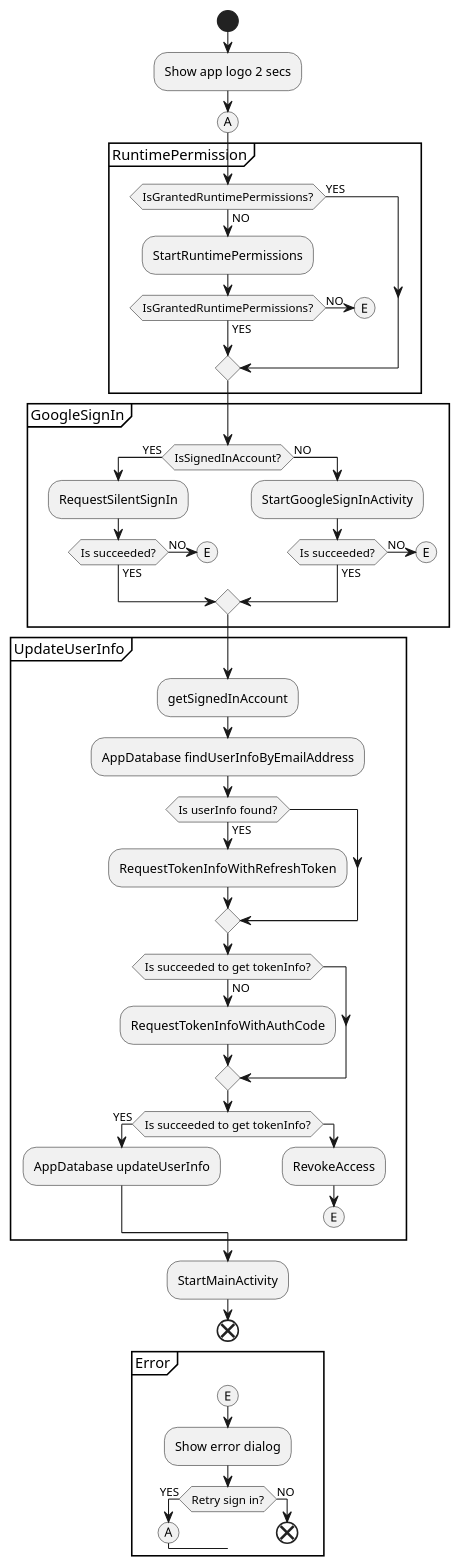
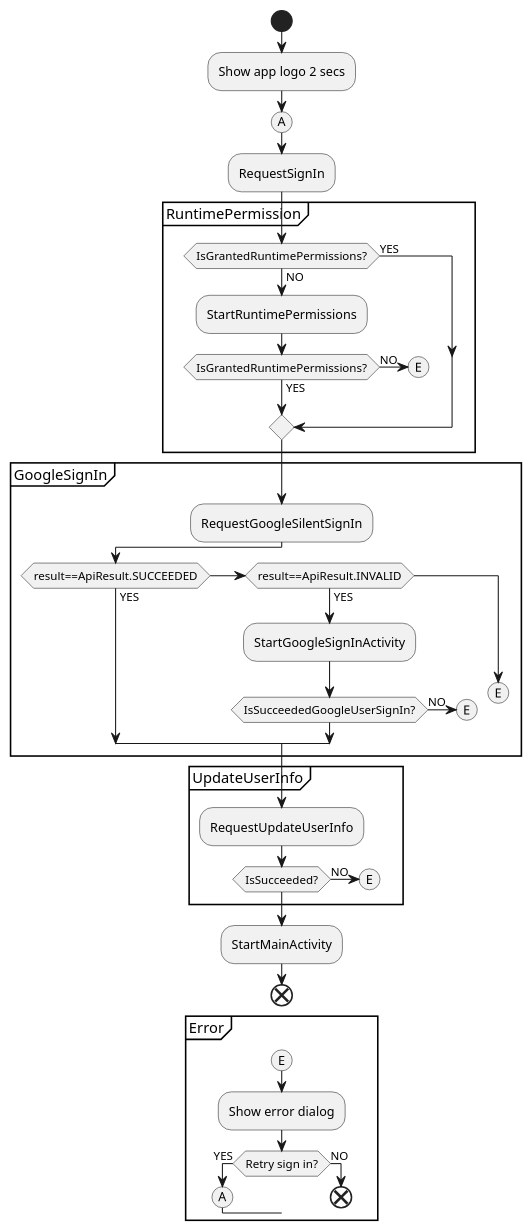
Before and after one commit to sallyluenoa/PhotoSlideShow: the diagram in uml/splash/activity_diagram_splash.md, drawn with PlantUML. The commit also changed 18 other files, not shown here.

First line of the commit message:
Write UML for design #13

```diff
--- a/uml/splash/activity_diagram_splash.md
+++ b/uml/splash/activity_diagram_splash.md
@@ -1,75 +1,58 @@
 @startuml
 start
 :Show app logo 2 secs;
+(A)
+:RequestSignIn;
 
-(A)
 partition RuntimePermission {
   if (IsGrantedRuntimePermissions?) then (YES)
   else (NO)
     :StartRuntimePermissions;
 
     if (IsGrantedRuntimePermissions?) then (YES)
     else (NO)
       (E)
       detach
     endif
   endif
 }
 
 partition GoogleSignIn {
-  if (IsSignedInAccount?) then (YES)
-    :RequestSilentSignIn;
+  :RequestGoogleSilentSignIn;
 
-    if (Is succeeded?) then (YES)
-    else (NO)
+  if (result==ApiResult.SUCCEEDED) then (YES)
+  elseif (result==ApiResult.INVALID) then (YES)
+    :StartGoogleSignInActivity;
+
+    if (IsSucceededGoogleUserSignIn?) then (NO)
       (E)
       detach
     endif
-
-  else (NO)
-    :StartGoogleSignInActivity;
-
-    if (Is succeeded?) then (YES)
-    else (NO)
-      (E)
-      detach
-    endif
-
+  else
+    (E)
+    detach
   endif
 }
 
 partition UpdateUserInfo {
-  :getSignedInAccount;
+  :RequestUpdateUserInfo;
 
-  :AppDatabase findUserInfoByEmailAddress;
-
-  if (Is userInfo found?) then (YES)
-    :RequestTokenInfoWithRefreshToken;
-  endif
-
-  if (Is succeeded to get tokenInfo?) then (NO)
-    :RequestTokenInfoWithAuthCode;
-  endif
-
-  if (Is succeeded to get tokenInfo?) then (YES)
-    :AppDatabase updateUserInfo;
-  else 
-    :RevokeAccess;
+  if (IsSucceeded?) then (NO)
     (E)
     detach
   endif
 }
 
 :StartMainActivity;
 end
 
 partition Error {
   (E)
   :Show error dialog;
   if (Retry sign in?) then (YES)
     (A)
   else (NO)
     end
   endif
 }
 @enduml
```
